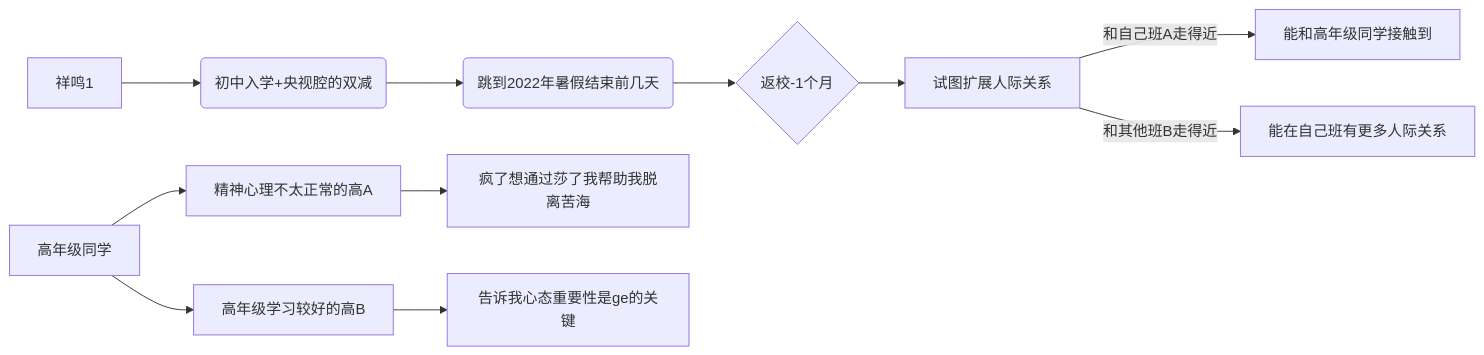
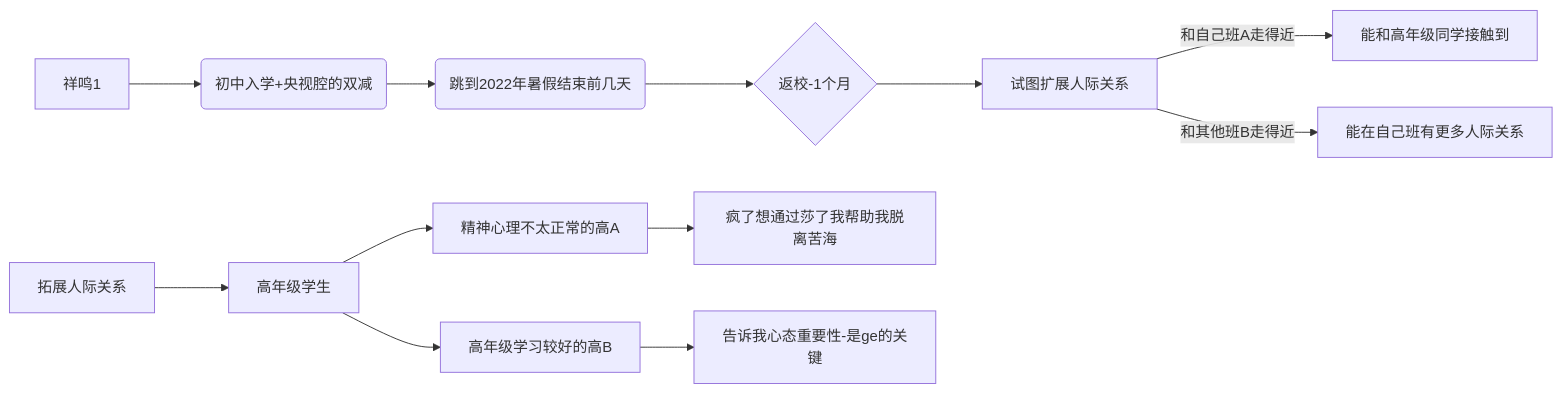
One commit to When-Xiangge-Cry/Story changed the diagram in 村民的想法堆/祥鸣Ⅰ专用/整体走向/大致想法.md. Above: the diagram before and after it, drawn with Mermaid.

````diff
--- a/村民的想法堆/祥鸣Ⅰ专用/整体走向/大致想法.md
+++ b/村民的想法堆/祥鸣Ⅰ专用/整体走向/大致想法.md
@@ -10,13 +10,14 @@
 ```mermaid
 graph LR
 A[祥鸣1] --> start(初中入学+央视腔的双减)
 	start --> 2022summer(跳到2022年暑假结束前几天)
 	2022summer --> beginschool{返校-1个月}
     beginschool --> makefriends[试图扩展人际关系]
     makefriends -->|和自己班A走得近| makefriendsA[能和高年级同学接触到]
     makefriends -->|和其他班B走得近| makefriendsB[能在自己班有更多人际关系]
-    高年级同学 --> 精神心理不太正常的高A --> 疯了想通过莎了我帮助我脱离苦海
-    高年级同学 --> 高年级学习较好的高B --> 告诉我心态重要性是ge的关键
     
-   
+    拓展人际关系 --> 高年级学生
+    高年级学生 --> 精神心理不太正常的高A --> 疯了想通过莎了我帮助我脱离苦海
+    高年级学生 --> 高年级学习较好的高B --> 告诉我心态重要性-是ge的关键
+    
 ```
````
